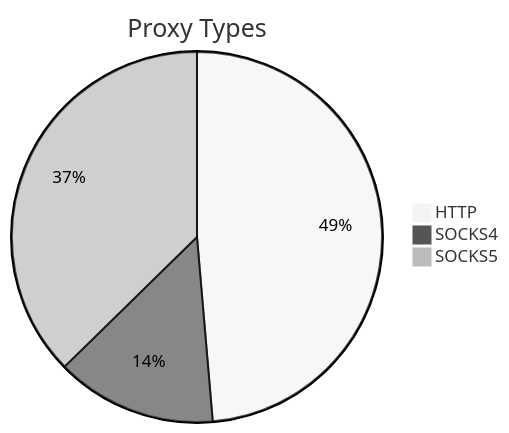
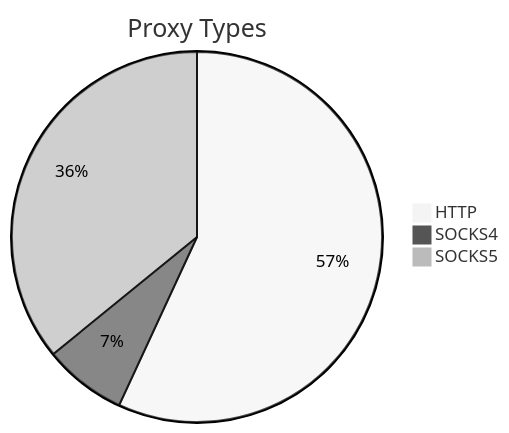
The first of 2 diagrams in README.md (stormsia/proxy-list), drawn with Mermaid (neutral theme) before and after one commit. The commit also changed other lines of this file, not shown here.

````diff
--- a/README.md
+++ b/README.md
@@ -21,6 +21,6 @@
 ```mermaid
 pie title Proxy Types
-    "HTTP" : 215
-    "SOCKS4" : 62
-    "SOCKS5" : 165
+    "HTTP" : 268
+    "SOCKS4" : 34
+    "SOCKS5" : 169
 ```
````
